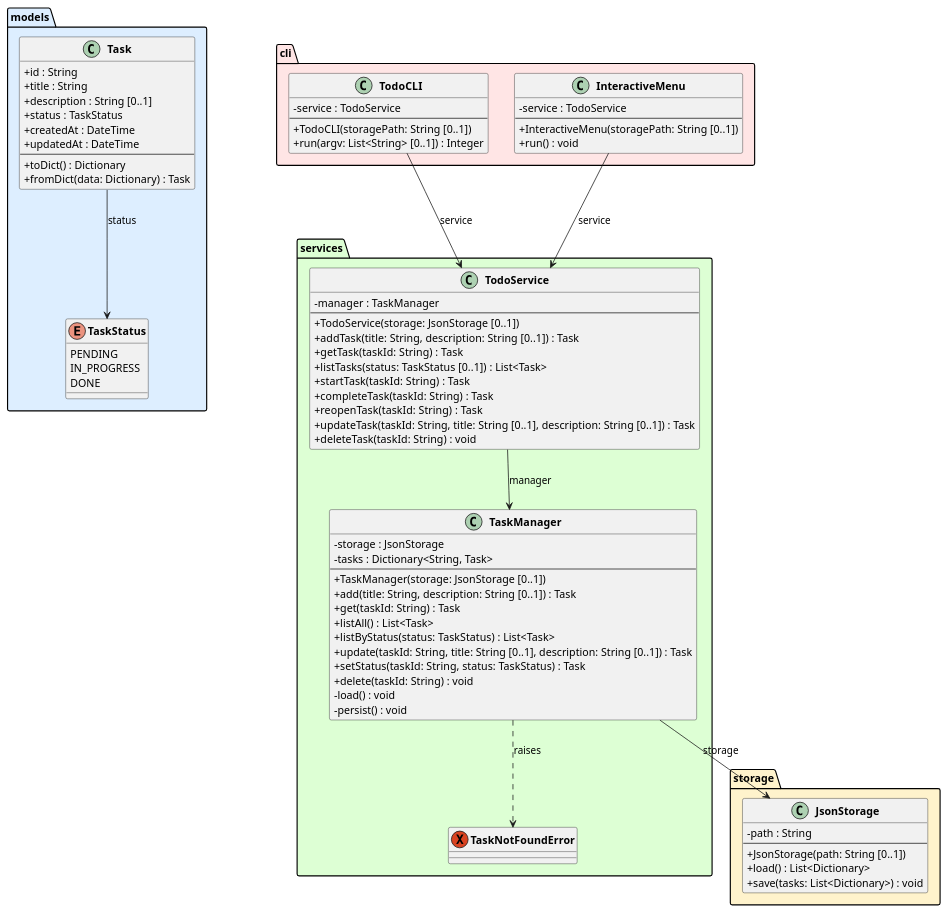
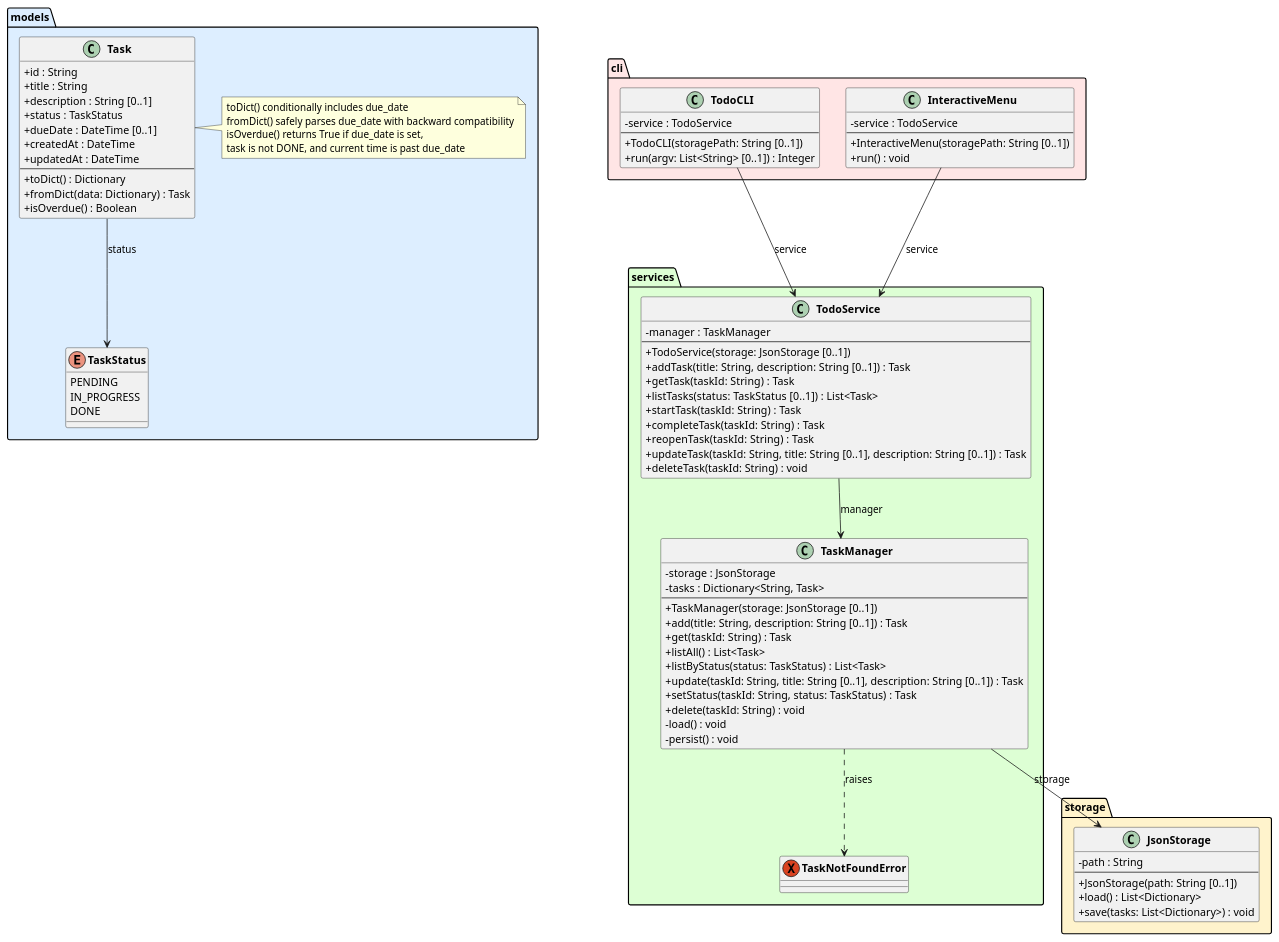
One commit to DanielRiha8906/Software_autoevolution_using_agents changed the diagram in experiments/pipeline/structured_text/TODO/artifacts/class_diagram.puml. Above: the diagram before and after it, drawn with PlantUML. The commit also changed 5 other files, not shown here.

First line of the commit message:
task 01 | pipeline / structured_text / TODO: Add due date to tasks

```diff
--- a/experiments/pipeline/structured_text/TODO/artifacts/class_diagram.puml
+++ b/experiments/pipeline/structured_text/TODO/artifacts/class_diagram.puml
@@ -1,93 +1,101 @@
 @startuml class_diagram
 
 skinparam classAttributeIconSize 0
 skinparam classFontStyle bold
 
 package "models" #DDEEFF {
     enum TaskStatus {
         PENDING
         IN_PROGRESS
         DONE
     }
 
     class Task {
         +id : String
         +title : String
         +description : String [0..1]
         +status : TaskStatus
+        +dueDate : DateTime [0..1]
         +createdAt : DateTime
         +updatedAt : DateTime
         --
         +toDict() : Dictionary
         +fromDict(data: Dictionary) : Task
+        +isOverdue() : Boolean
     }
+    note right of Task
+        toDict() conditionally includes due_date
+        fromDict() safely parses due_date with backward compatibility
+        isOverdue() returns True if due_date is set,
+        task is not DONE, and current time is past due_date
+    end note
 }
 
 package "storage" #FFF3CC {
     class JsonStorage {
         -path : String
         --
         +JsonStorage(path: String [0..1])
         +load() : List<Dictionary>
         +save(tasks: List<Dictionary>) : void
     }
 }
 
 package "services" #DDFFD4 {
     exception TaskNotFoundError
 
     class TaskManager {
         -storage : JsonStorage
         -tasks : Dictionary<String, Task>
         --
         +TaskManager(storage: JsonStorage [0..1])
         +add(title: String, description: String [0..1]) : Task
         +get(taskId: String) : Task
         +listAll() : List<Task>
         +listByStatus(status: TaskStatus) : List<Task>
         +update(taskId: String, title: String [0..1], description: String [0..1]) : Task
         +setStatus(taskId: String, status: TaskStatus) : Task
         +delete(taskId: String) : void
         -load() : void
         -persist() : void
     }
 
     class TodoService {
         -manager : TaskManager
         --
         +TodoService(storage: JsonStorage [0..1])
         +addTask(title: String, description: String [0..1]) : Task
         +getTask(taskId: String) : Task
         +listTasks(status: TaskStatus [0..1]) : List<Task>
         +startTask(taskId: String) : Task
         +completeTask(taskId: String) : Task
         +reopenTask(taskId: String) : Task
         +updateTask(taskId: String, title: String [0..1], description: String [0..1]) : Task
         +deleteTask(taskId: String) : void
     }
 }
 
 package "cli" #FFE5E5 {
     class TodoCLI {
         -service : TodoService
         --
         +TodoCLI(storagePath: String [0..1])
         +run(argv: List<String> [0..1]) : Integer
     }
 
     class InteractiveMenu {
         -service : TodoService
         --
         +InteractiveMenu(storagePath: String [0..1])
         +run() : void
     }
 }
 
 Task --> TaskStatus : status
 TaskManager --> JsonStorage : storage
 TaskManager ..> TaskNotFoundError : raises
 TodoService --> TaskManager : manager
 TodoCLI --> TodoService : service
 InteractiveMenu --> TodoService : service
 
 @enduml
```
